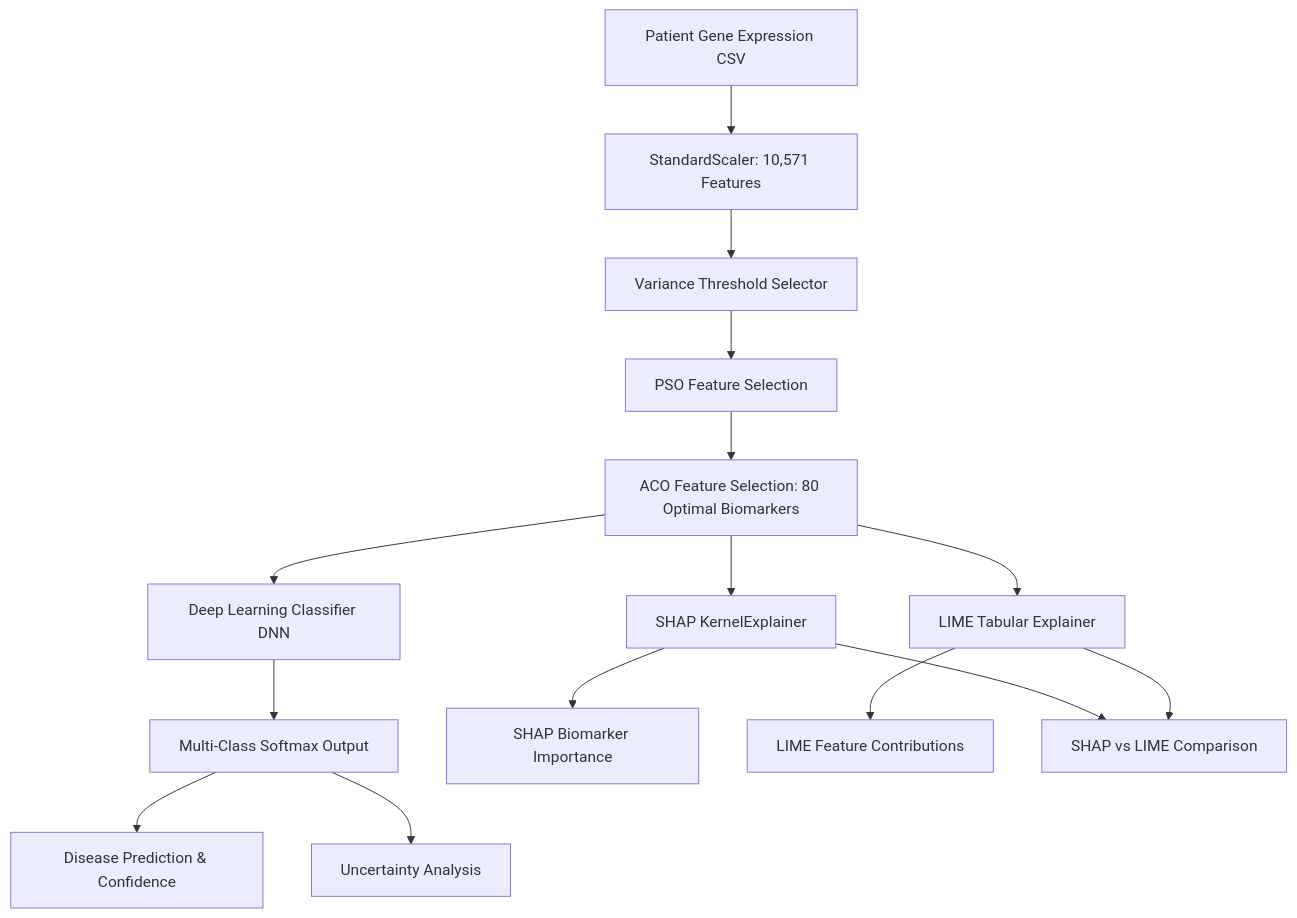
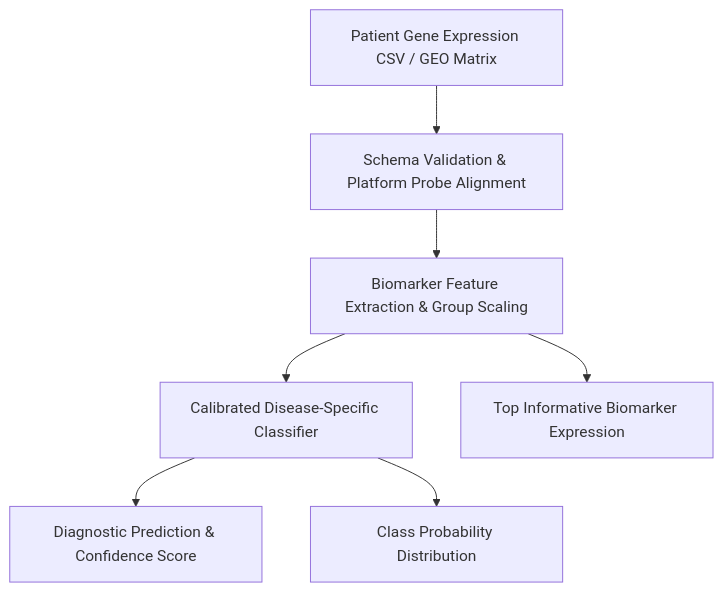
Before and after one commit to Naresh-official/Multi-Disease-Diagnosis-System: the diagram in README.md, drawn with Mermaid. The commit also changed other lines of this file and 53 other files, not shown here.

````diff
--- a/README.md
+++ b/README.md
@@ -28,17 +28,9 @@
 ```mermaid
 flowchart TD
-    A[Patient Gene Expression CSV] --> B[StandardScaler: 10,571 Features]
-    B --> C[Variance Threshold Selector]
-    C --> D[PSO Feature Selection]
-    D --> E[ACO Feature Selection: 80 Optimal Biomarkers]
-    E --> F[Deep Learning Classifier DNN]
-    F --> G[Multi-Class Softmax Output]
-    G --> H[Disease Prediction & Confidence]
-    G --> I[Uncertainty Analysis]
-    E --> J[SHAP KernelExplainer]
-    E --> K[LIME Tabular Explainer]
-    J --> L[SHAP Biomarker Importance]
-    K --> M[LIME Feature Contributions]
-    J --> N[SHAP vs LIME Comparison]
-    K --> N
+    A[Patient Gene Expression CSV / GEO Matrix] --> B[Schema Validation & Platform Probe Alignment]
+    B --> C[Biomarker Feature Extraction & Group Scaling]
+    C --> D[Calibrated Disease-Specific Classifier]
+    D --> E[Diagnostic Prediction & Confidence Score]
+    D --> F[Class Probability Distribution]
+    C --> G[Top Informative Biomarker Expression]
 ```
````
